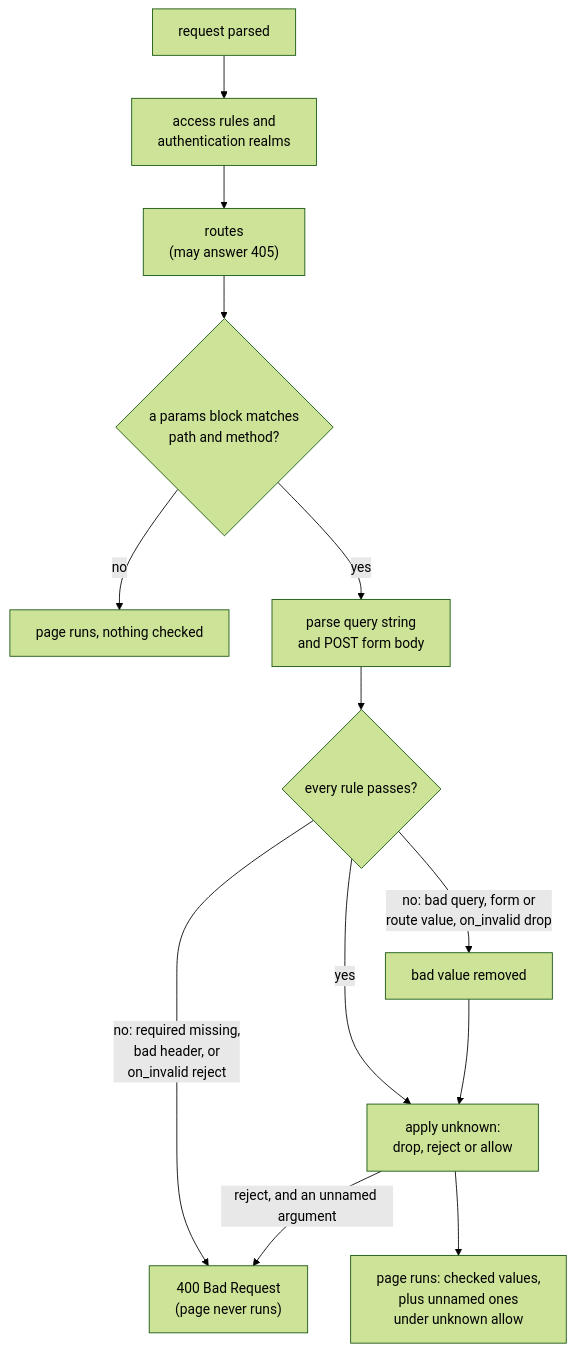
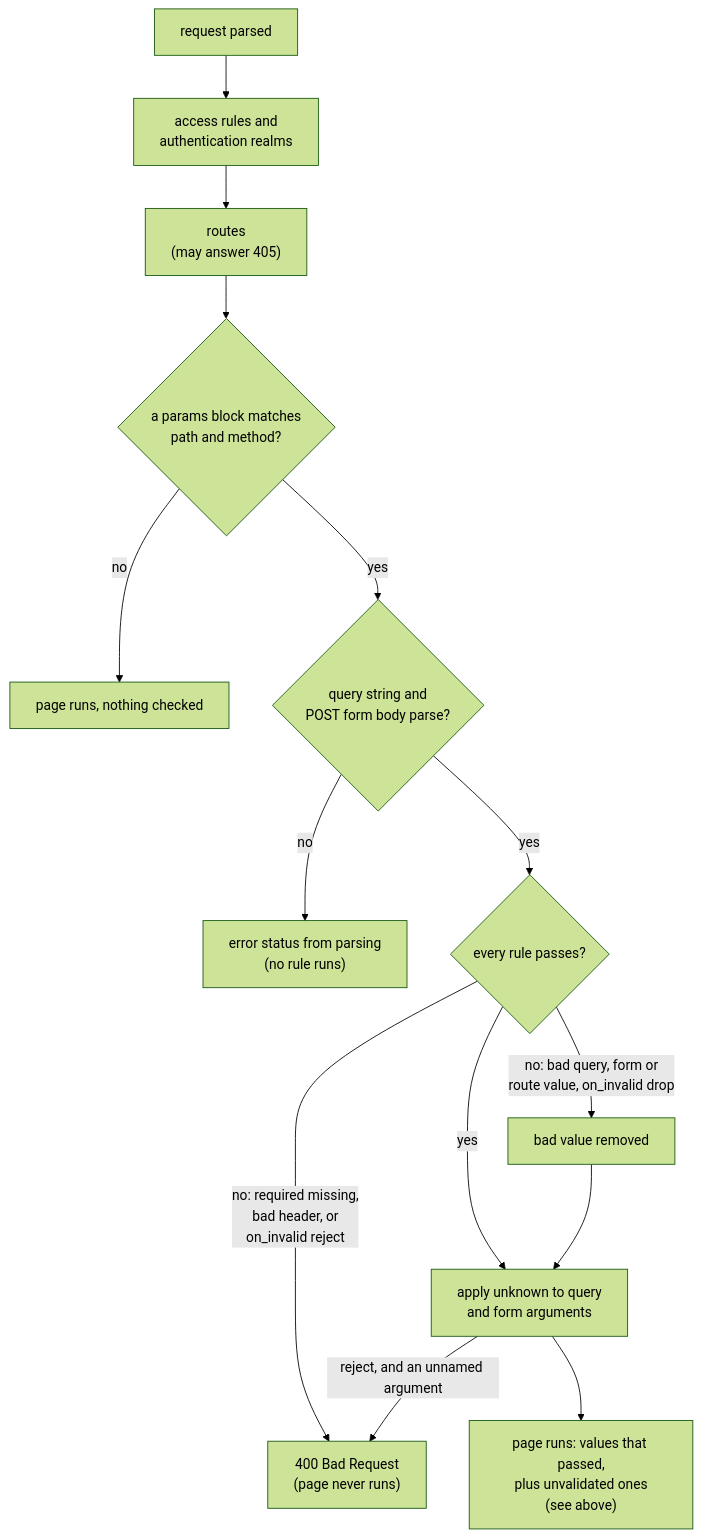
The diagram in doc/VALIDATE.md (DanielTillett/klin), drawn with Mermaid (forest theme) before and after one commit. The commit also changed other lines of this file and 20 other files, not shown here.

````diff
--- a/doc/VALIDATE.md
+++ b/doc/VALIDATE.md
@@ -89,15 +94,16 @@
 ```mermaid
 flowchart TD
     A["request parsed"] --> B["access rules and<br/>authentication realms"]
     B --> C["routes<br/>(may answer 405)"]
     C --> D{"a params block matches<br/>path and method?"}
     D -- no --> P["page runs, nothing checked"]
-    D -- yes --> E["parse query string<br/>and POST form body"]
-    E --> F{"every rule passes?"}
+    D -- yes --> E{"query string and<br/>POST form body parse?"}
+    E -- no --> Y["error status from parsing<br/>(no rule runs)"]
+    E -- yes --> F{"every rule passes?"}
     F -- "no: required missing,<br/>bad header, or<br/>on_invalid reject" --> X["400 Bad Request<br/>(page never runs)"]
     F -- "no: bad query, form or<br/>route value, on_invalid drop" --> G["bad value removed"]
-    F -- yes --> H["apply unknown:<br/>drop, reject or allow"]
+    F -- yes --> H["apply unknown to query<br/>and form arguments"]
     G --> H
     H -- "reject, and an unnamed argument" --> X
-    H --> Q["page runs: checked values,<br/>plus unnamed ones<br/>under unknown allow"]
+    H --> Q["page runs: values that passed,<br/>plus unvalidated ones<br/>(see above)"]
 ```
````
